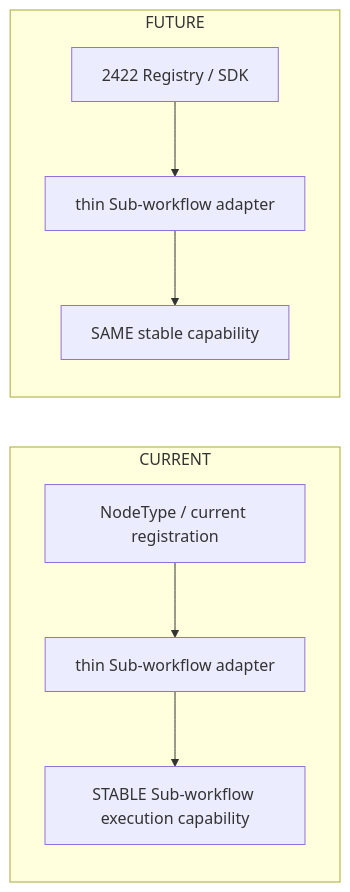
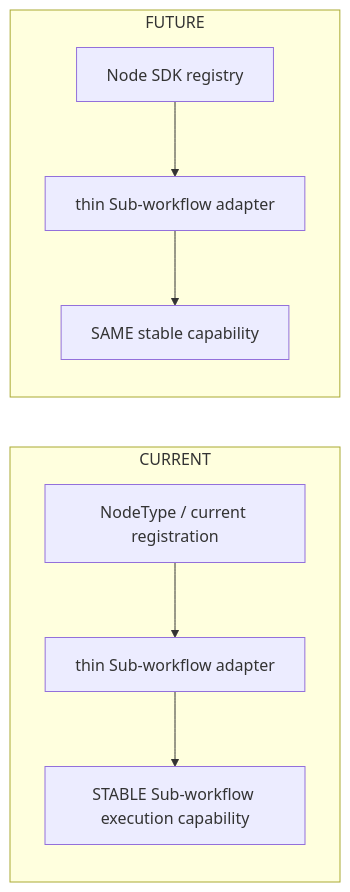
One commit to rohitthakur2590/syntara changed the fifth of 5 diagrams in backend/docs/workflow-engine/sub-workflow-node.md. Above: the diagram before and after it, drawn with Mermaid. The commit also changed other lines of this file, not shown here.

````diff
--- a/backend/docs/workflow-engine/sub-workflow-node.md
+++ b/backend/docs/workflow-engine/sub-workflow-node.md
@@ -395,9 +171,9 @@
 ```mermaid
 graph LR
     subgraph NOW["CURRENT"]
         N1["NodeType / current registration"] --> N2["thin Sub-workflow adapter"] --> CAP["STABLE Sub-workflow execution capability"]
     end
     subgraph FUT["FUTURE"]
-        F1["2422 Registry / SDK"] --> F2["thin Sub-workflow adapter"] --> CAP2["SAME stable capability"]
+        F1["Node SDK registry"] --> F2["thin Sub-workflow adapter"] --> CAP2["SAME stable capability"]
     end
 ```
````
